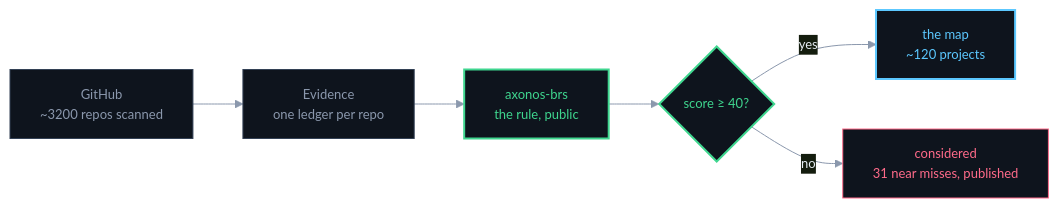
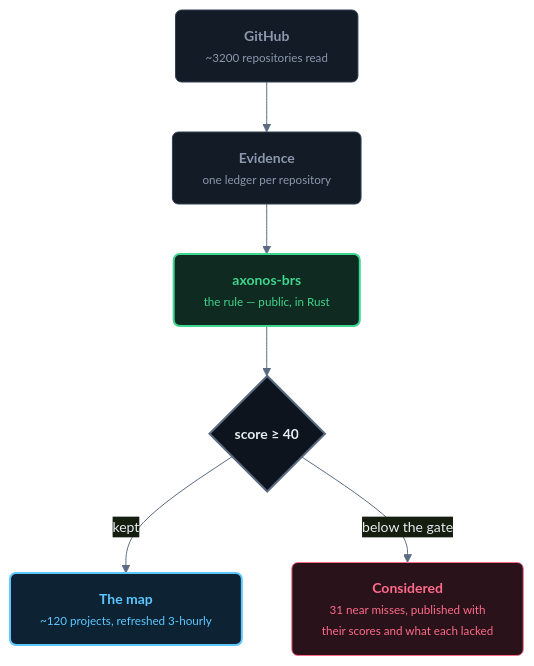
One commit to AxonOS-BCI/axonos-community-radar changed the diagram in README.md. Above: the diagram before and after it, drawn with Mermaid. The commit also changed other lines of this file and 6 other files, not shown here.

````diff
--- a/README.md
+++ b/README.md
@@ -16,18 +16,25 @@
 ```mermaid
-%%{init: {'theme':'base','themeVariables':{'primaryColor':'#0e141d','primaryTextColor':'#e6edf3','primaryBorderColor':'#334155','lineColor':'#8b98ad','fontSize':'13px'}}}%%
-flowchart LR
-    S["GitHub<br/>~3200 repos scanned"] --> E["Evidence<br/>one ledger per repo"]
-    E --> R["axonos-brs<br/>the rule, public"]
-    R --> G{"score ≥ 40?"}
-    G -->|yes| M["the map<br/>~120 projects"]
-    G -->|no| C["considered<br/>31 near misses, published"]
+%%{init: {'theme':'base','themeVariables':{'primaryColor':'#0e141d','primaryTextColor':'#e6edf3','primaryBorderColor':'#334155','lineColor':'#5a6b82','fontSize':'14px','fontFamily':'ui-sans-serif,system-ui,sans-serif'}}}%%
+flowchart TB
+    S["<b>GitHub</b><br/><small>~3200 repositories read</small>"]
+    E["<b>Evidence</b><br/><small>one ledger per repository</small>"]
+    R["<b>axonos-brs</b><br/><small>the rule &mdash; public, in Rust</small>"]
+    G{"<b>score &ge; 40</b>"}
+    M["<b>The map</b><br/><small>~120 projects, refreshed 3-hourly</small>"]
+    C["<b>Considered</b><br/><small>31 near misses, published with<br/>their scores and what each lacked</small>"]
 
-    classDef src fill:#0e141d,stroke:#334155,color:#8b98ad
-    classDef rule fill:#0e141d,stroke:#3fd68f,color:#3fd68f,stroke-width:2px
-    classDef keep fill:#0e141d,stroke:#5cc8ff,color:#5cc8ff,stroke-width:2px
-    classDef drop fill:#0e141d,stroke:#ff6b8a,color:#ff6b8a
+    S --> E --> R --> G
+    G -->|kept| M
+    G -->|below the gate| C
+
+    classDef src  fill:#131b26,stroke:#334155,color:#8b98ad,rx:6,ry:6
+    classDef rule fill:#0f2a20,stroke:#3fd68f,color:#3fd68f,stroke-width:2px,rx:6,ry:6
+    classDef gate fill:#0e141d,stroke:#5a6b82,color:#e6edf3,stroke-width:2px
+    classDef keep fill:#0d2233,stroke:#5cc8ff,color:#5cc8ff,stroke-width:2px,rx:6,ry:6
+    classDef drop fill:#2a121a,stroke:#ff6b8a,color:#ff6b8a,rx:6,ry:6
     class S,E src
-    class R,G rule
+    class R rule
+    class G gate
     class M keep
     class C drop
 ```
````
